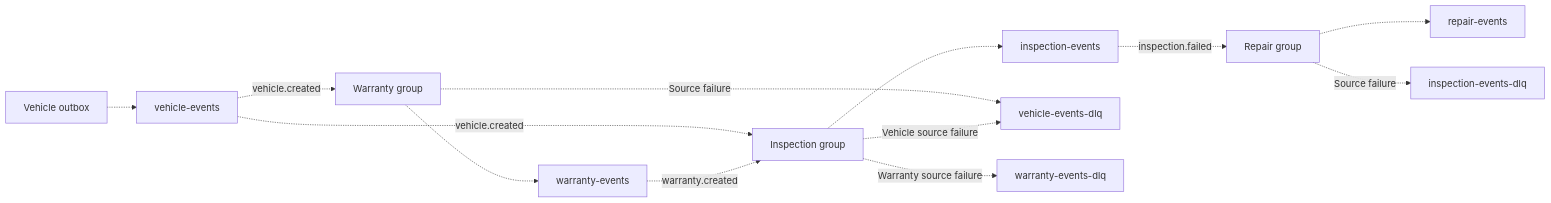
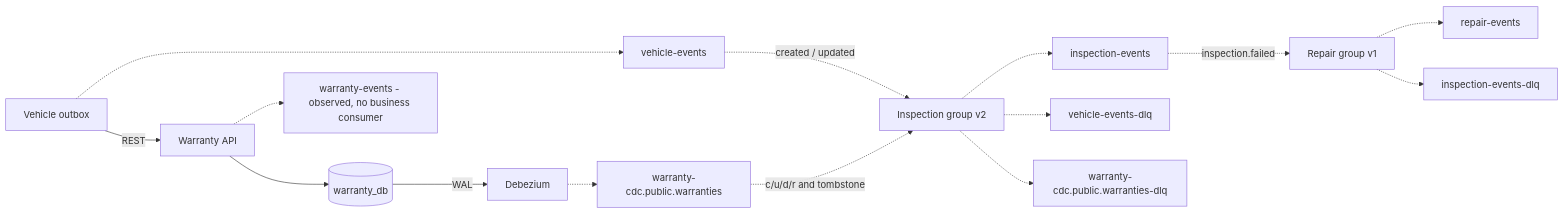
Before and after one commit to Huy-8bit/interview: the diagram in lab/docs/diagrams/sources/event-topology.mmd, drawn with Mermaid. The commit also changed 141 other files, not shown here.

```diff
--- a/lab/docs/diagrams/sources/event-topology.mmd
+++ b/lab/docs/diagrams/sources/event-topology.mmd
@@ -1,14 +1,16 @@
 flowchart LR
     %% diagram: event-topology
     vehicle["Vehicle outbox"] -.-> vehicleTopic["vehicle-events"]
-    vehicleTopic -.->|"vehicle.created"| warranty["Warranty group"]
-    vehicleTopic -.->|"vehicle.created"| inspection["Inspection group"]
-    warranty -.-> warrantyTopic["warranty-events"]
-    warrantyTopic -.->|"warranty.created"| inspection
+    vehicleTopic -.->|"created / updated"| inspection["Inspection group v2"]
+    vehicle -->|"REST"| warranty["Warranty API"]
+    warranty --> wdb[("warranty_db")]
+    wdb -->|"WAL"| dbz["Debezium"]
+    dbz -.-> cdc["warranty-cdc.public.warranties"]
+    cdc -.->|"c/u/d/r and tombstone"| inspection
+    warranty -.-> warrantyTopic["warranty-events - observed, no business consumer"]
     inspection -.-> inspectionTopic["inspection-events"]
-    inspectionTopic -.->|"inspection.failed"| repair["Repair group"]
+    inspectionTopic -.->|"inspection.failed"| repair["Repair group v1"]
     repair -.-> repairTopic["repair-events"]
-    warranty -.->|"Source failure"| vehicleDlq["vehicle-events-dlq"]
-    inspection -.->|"Vehicle source failure"| vehicleDlq
-    inspection -.->|"Warranty source failure"| warrantyDlq["warranty-events-dlq"]
-    repair -.->|"Source failure"| inspectionDlq["inspection-events-dlq"]
+    inspection -.-> vehicleDlq["vehicle-events-dlq"]
+    inspection -.-> cdcDlq["warranty-cdc.public.warranties-dlq"]
+    repair -.-> inspectionDlq["inspection-events-dlq"]
```
